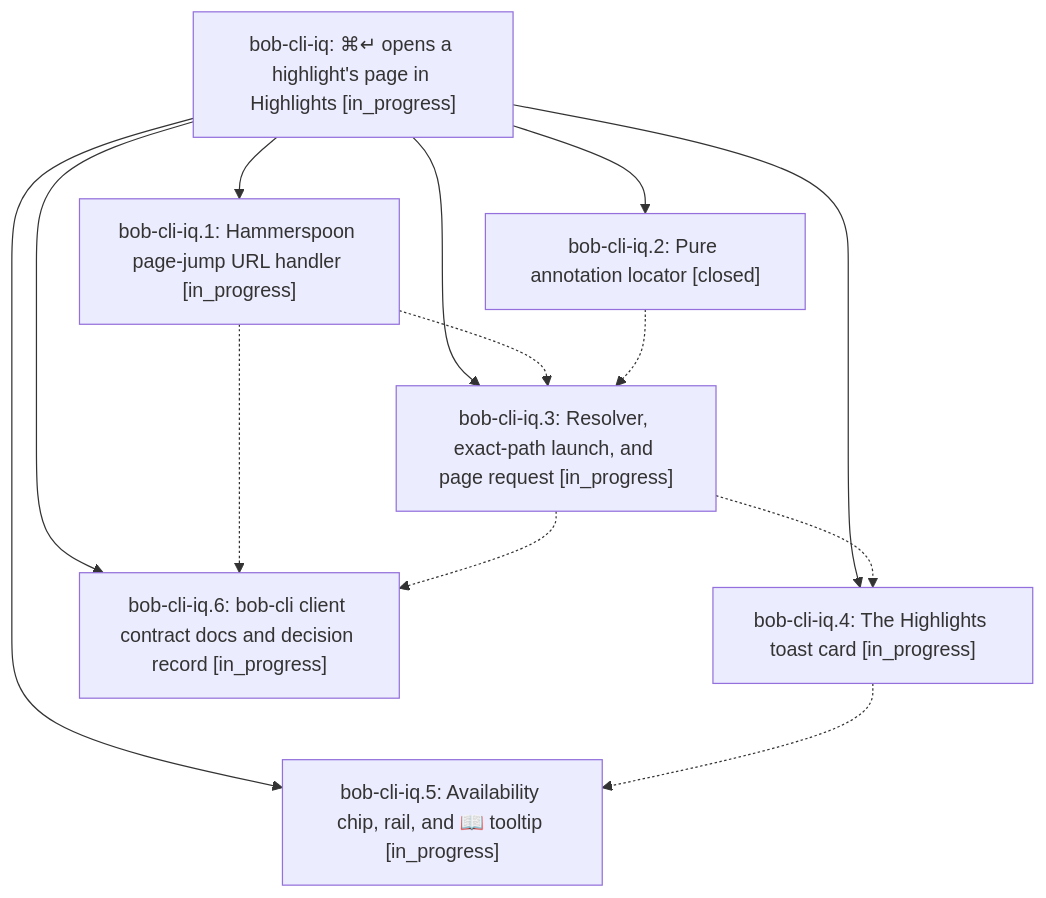
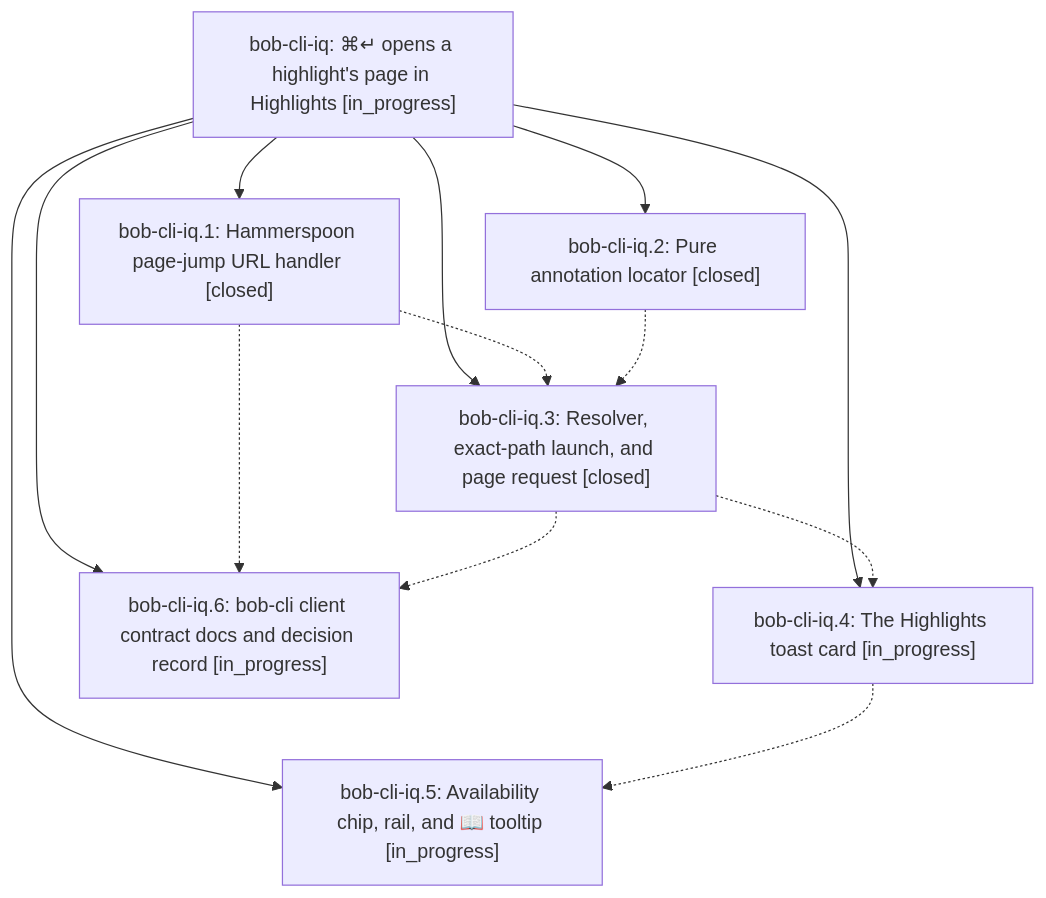
The diagram in pages/bob-cli-iq/README.md (bobs-org/bob-cli--beads), drawn with Mermaid before and after one commit. The commit also changed other lines of this file and 5 other files, not shown here.

First line of the commit message:
chore(beads): sync bead state and pages for bob-cli-iq

````diff
--- a/pages/bob-cli-iq/README.md
+++ b/pages/bob-cli-iq/README.md
@@ -27,22 +41,22 @@
 ```mermaid
 flowchart TD
     n0["bob-cli-iq: ⌘↵ opens a highlight's page in Highlights [in_progress]"]
-    n1["bob-cli-iq.1: Hammerspoon page-jump URL handler [in_progress]"]
+    n1["bob-cli-iq.1: Hammerspoon page-jump URL handler [closed]"]
     n2["bob-cli-iq.2: Pure annotation locator [closed]"]
-    n3["bob-cli-iq.3: Resolver, exact-path launch, and page request [in_progress]"]
+    n3["bob-cli-iq.3: Resolver, exact-path launch, and page request [closed]"]
     n4["bob-cli-iq.4: The Highlights toast card [in_progress]"]
     n5["bob-cli-iq.5: Availability chip, rail, and 📖 tooltip [in_progress]"]
     n6["bob-cli-iq.6: bob-cli client contract docs and decision record [in_progress]"]
     n0 --> n1
     n0 --> n2
     n0 --> n3
     n0 --> n4
     n0 --> n5
     n0 --> n6
     n1 -.-> n3
     n1 -.-> n6
     n2 -.-> n3
     n3 -.-> n4
     n3 -.-> n6
     n4 -.-> n5
 ```
````
